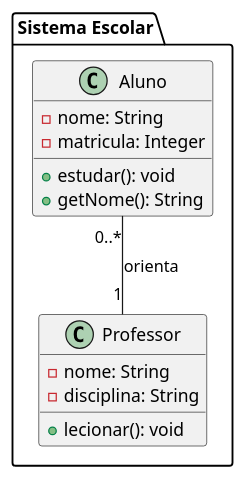
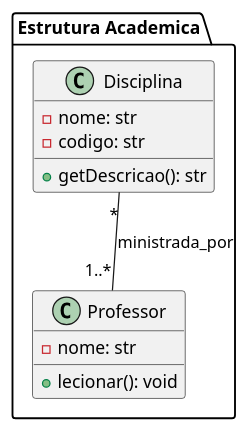
One commit to PETTEC-UNIFEI/PlantUMLToPythonConverter changed the diagram in README.md. Above: the diagram before and after it, drawn with PlantUML. The commit also changed other lines of this file and 15 other files, not shown here.

````diff
--- a/README.md
+++ b/README.md
@@ -68,20 +134,16 @@
 ```plantuml
-@startuml
-package "Sistema Escolar" {
-    class Aluno {
-        - nome: String
-        - matricula: Integer
-        + estudar(): void
-        + getNome(): String
-    }
-
-    class Professor {
-        - nome: String
-        - disciplina: String
-        + lecionar(): void
-    }
-
-    Aluno "0..*" -- "1" Professor : "orienta"
+@startuml SistemaAcademicoComplexo
+package "Estrutura Academica" {
+  class Disciplina {
+    -nome: str
+    -codigo: str
+    +getDescricao(): str
+  }
+  class Professor {
+    -nome: str
+    +lecionar(): void
+  }
+  Disciplina "*" -- "1..*" Professor : "ministrada_por"
 }
 @enduml
 ```
````
